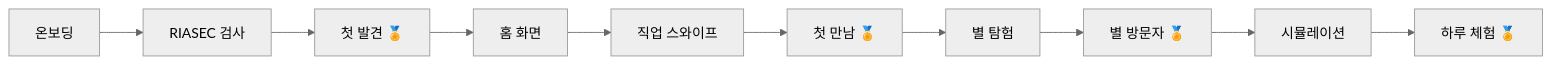
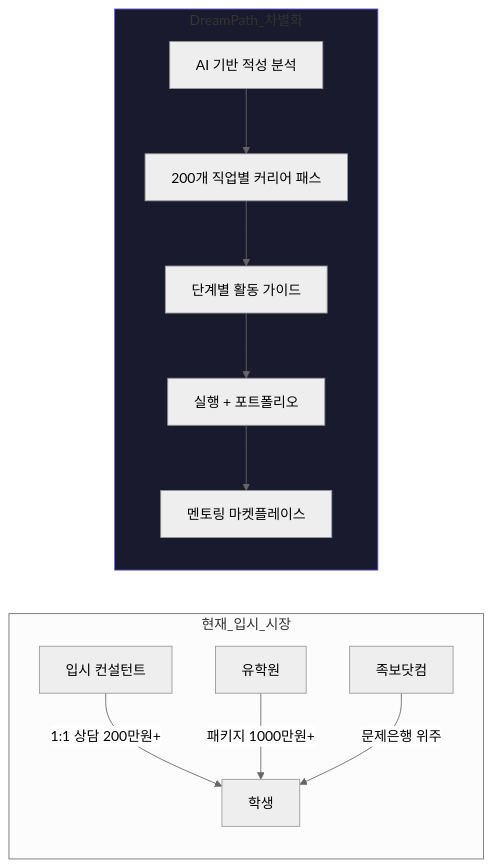
One commit to Collegenie-X/AI-career-path changed the second of 7 diagrams in frontend/docs/CHANGES_SUMMARY.md. Above: the diagram before and after it, drawn with Mermaid (neutral theme). The commit also changed other lines of this file and 3 other files, not shown here.

````diff
--- a/frontend/docs/CHANGES_SUMMARY.md
+++ b/frontend/docs/CHANGES_SUMMARY.md
@@ -261,12 +68,17 @@
 ```mermaid
 graph LR
-    A[온보딩] --> B[RIASEC 검사]
-    B --> C[첫 발견 🏅]
-    C --> D[홈 화면]
-    D --> E[직업 스와이프]
-    E --> F[첫 만남 🏅]
-    F --> G[별 탐험]
-    G --> H[별 방문자 🏅]
-    H --> I[시뮬레이션]
-    I --> J[하루 체험 🏅]
+    subgraph 현재_입시_시장
+        A[입시 컨설턴트] -->|1:1 상담 200만원+| B[학생]
+        C[유학원] -->|패키지 1000만원+| B
+        D[족보닷컴] -->|문제은행 위주| B
+    end
+
+    subgraph DreamPath_차별화
+        E[AI 기반 적성 분석] --> F[200개 직업별 커리어 패스]
+        F --> G[단계별 활동 가이드]
+        G --> H[실행 + 포트폴리오]
+        H --> I[멘토링 마켓플레이스]
+    end
+
+    style DreamPath_차별화 fill:#1a1a2e,stroke:#6C5CE7
 ```
````
